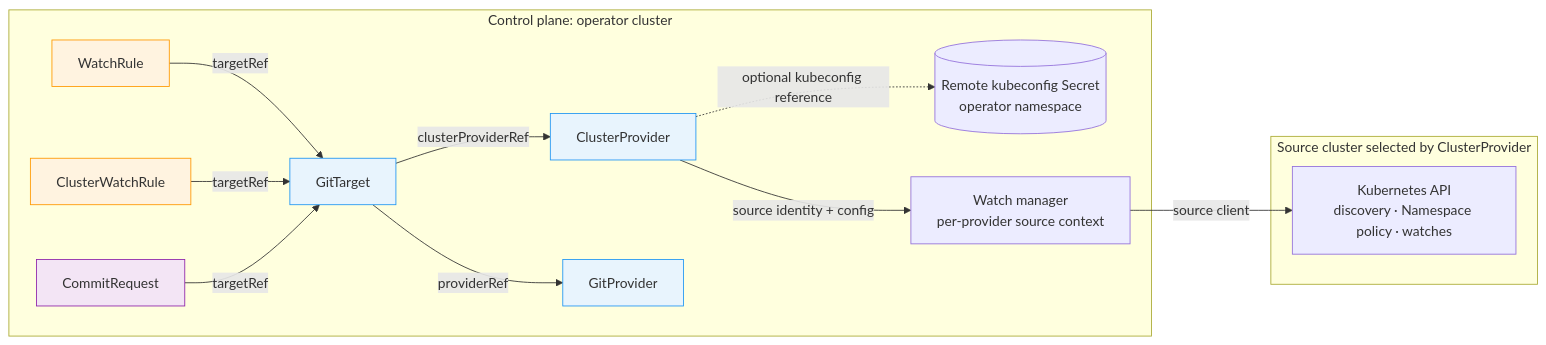
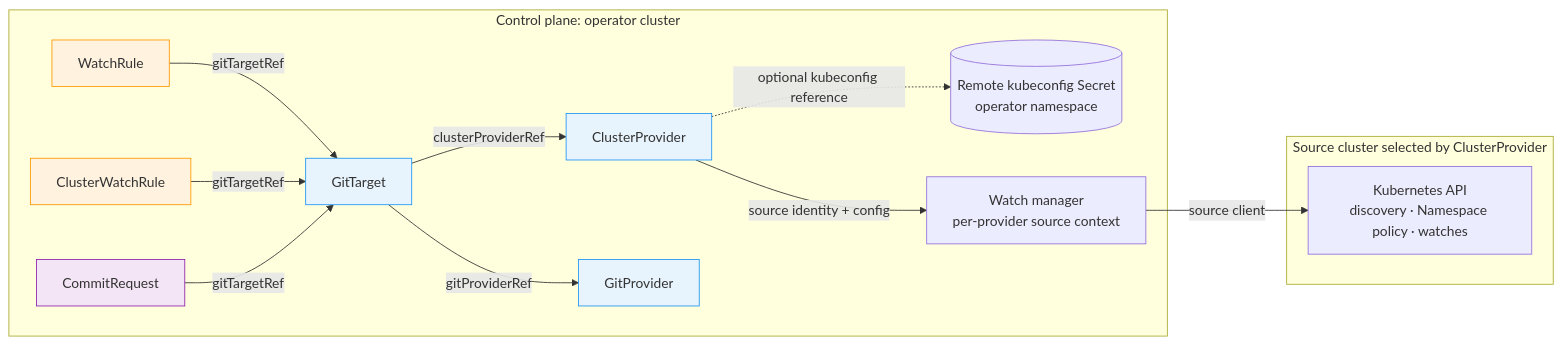
The first of 5 diagrams in docs/architecture.md (ConfigButler/gitops-reverser), drawn with Mermaid before and after one commit. The commit also changed other lines of this file and 165 other files, not shown here.

First line of the commit message:
feat(api)!: delete ClusterWatchRule scope, collapse every reference onto Flux's, and split the placement metric (#333)

````diff
--- a/docs/architecture.md
+++ b/docs/architecture.md
@@ -176,27 +188,27 @@
 ```mermaid
 graph LR
     subgraph CONTROL["Control plane: operator cluster"]
-        WR[WatchRule] -->|targetRef| GT[GitTarget]
-        CWR[ClusterWatchRule] -->|targetRef| GT
-        CR[CommitRequest] -->|targetRef| GT
+        WR[WatchRule] -->|gitTargetRef| GT[GitTarget]
+        CWR[ClusterWatchRule] -->|gitTargetRef| GT
+        CR[CommitRequest] -->|gitTargetRef| GT
         GT -->|clusterProviderRef| CP[ClusterProvider]
-        GT -->|providerRef| GP[GitProvider]
+        GT -->|gitProviderRef| GP[GitProvider]
         KCFG[("Remote kubeconfig Secret\noperator namespace")]
         WM["Watch manager\nper-provider source context"]
     end
 
     subgraph SOURCE["Source cluster selected by ClusterProvider"]
         API["Kubernetes API\ndiscovery · Namespace policy · watches"]
     end
 
     CP -. "optional kubeconfig reference" .-> KCFG
     CP -->|"source identity + config"| WM
     WM -->|"source client"| API
 
     style GP fill:#e8f4fd,stroke:#2196f3
     style CP fill:#e8f4fd,stroke:#2196f3
     style GT fill:#e8f4fd,stroke:#2196f3
     style WR fill:#fff3e0,stroke:#ff9800
     style CWR fill:#fff3e0,stroke:#ff9800
     style CR fill:#f3e5f5,stroke:#8e24aa
 ```
````
